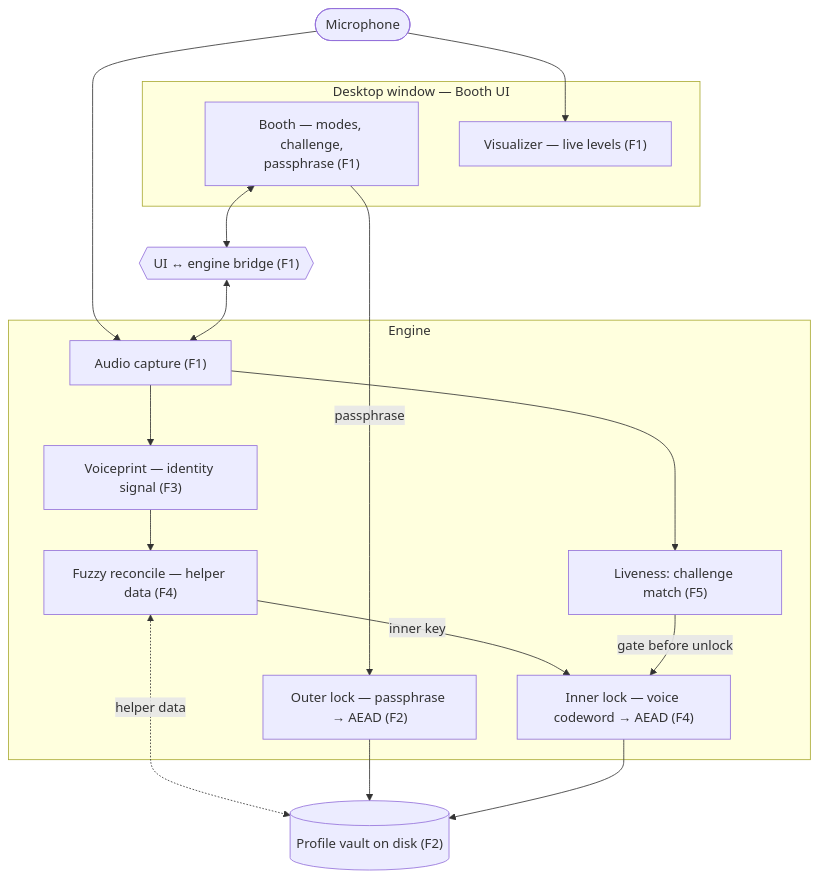
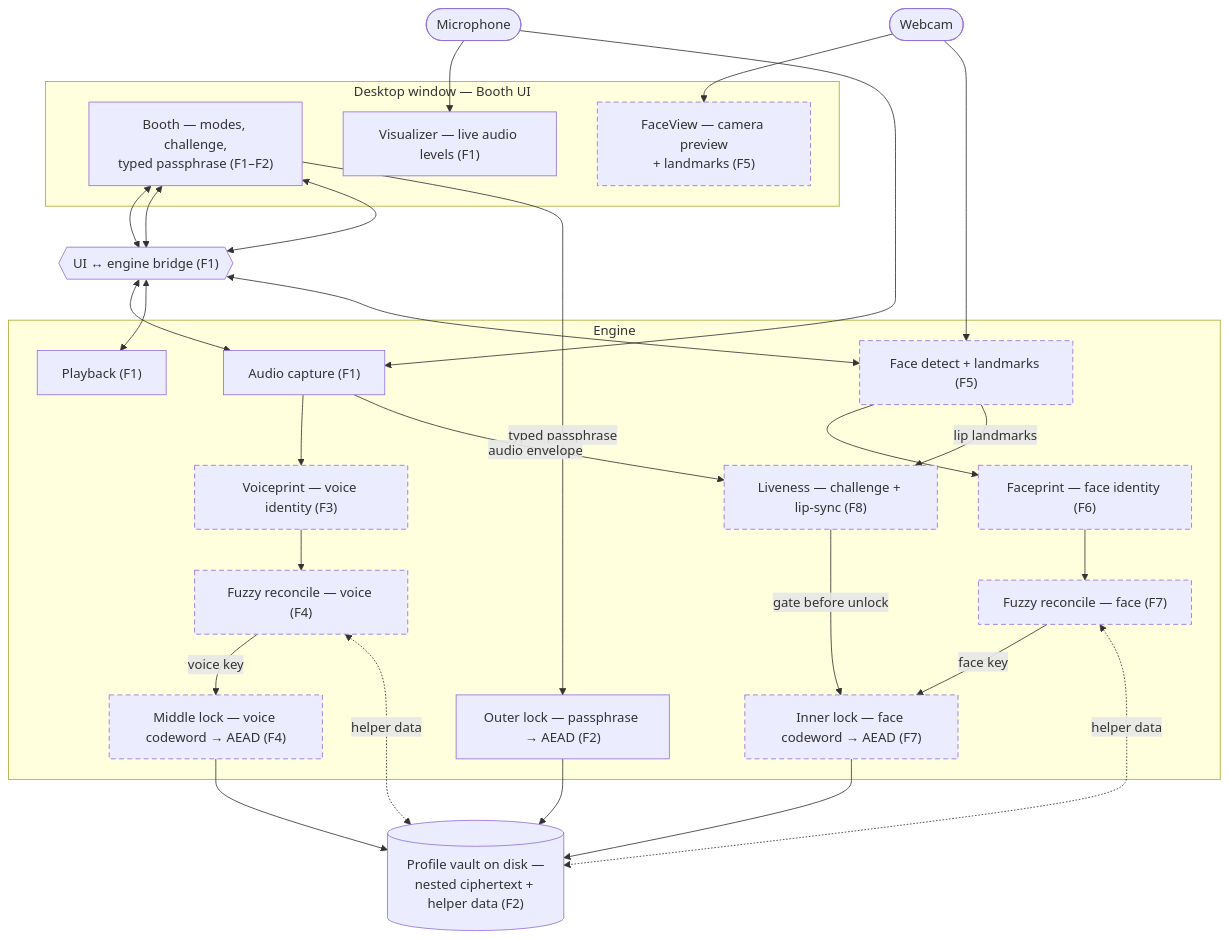
The diagram in .harness/roadmap.md (Vziraka/voicelock), drawn with Mermaid before and after one commit. The commit also changed other lines of this file and 5 other files, not shown here.

First line of the commit message:
Design: pivot roadmap to three factors (voice + face + lips)

````diff
--- a/.harness/roadmap.md
+++ b/.harness/roadmap.md
@@ -43,35 +70,57 @@
 ```mermaid
 flowchart TB
     Mic([Microphone])
+    Cam([Webcam])
 
     subgraph Window["Desktop window — Booth UI"]
-        Booth["Booth — modes, challenge,<br/>passphrase (F1)"]
-        Viz["Visualizer — live levels (F1)"]
+        Booth["Booth — modes, challenge,<br/>typed passphrase (F1–F2)"]
+        Viz["Visualizer — live audio levels (F1)"]
+        FaceView["FaceView — camera preview<br/>+ landmarks (F5)"]
     end
 
     Bridge{{"UI ↔ engine bridge (F1)"}}
 
     subgraph Engine["Engine"]
         Capture["Audio capture (F1)"]
-        Voiceprint["Voiceprint — identity signal (F3)"]
-        Challenge["Liveness: challenge match (F5)"]
-        Fuzzy["Fuzzy reconcile — helper data (F4)"]
+        Playback["Playback (F1)"]
+        FaceDetect["Face detect + landmarks (F5)"]
+        Voiceprint["Voiceprint — voice identity (F3)"]
+        Faceprint["Faceprint — face identity (F6)"]
+        FuzzyV["Fuzzy reconcile — voice (F4)"]
+        FuzzyF["Fuzzy reconcile — face (F7)"]
         Outer["Outer lock — passphrase → AEAD (F2)"]
-        Inner["Inner lock — voice codeword → AEAD (F4)"]
+        Middle["Middle lock — voice codeword → AEAD (F4)"]
+        Inner["Inner lock — face codeword → AEAD (F7)"]
+        Liveness["Liveness — challenge + lip-sync (F8)"]
     end
 
-    Vault[("Profile vault on disk (F2)")]
+    Vault[("Profile vault on disk —<br/>nested ciphertext + helper data (F2)")]
 
     Mic --> Viz
     Mic --> Capture
+    Cam --> FaceView
+    Cam --> FaceDetect
+
     Booth <--> Bridge <--> Capture
-    Booth -- "passphrase" --> Outer
+    Booth <--> Bridge <--> Playback
+    Booth <--> Bridge <--> FaceDetect
+    Booth -- "typed passphrase" --> Outer
+
     Capture --> Voiceprint
-    Capture --> Challenge
-    Voiceprint --> Fuzzy
-    Fuzzy -- "inner key" --> Inner
-    Fuzzy <-. "helper data" .-> Vault
+    FaceDetect --> Faceprint
+    Capture -- "audio envelope" --> Liveness
+    FaceDetect -- "lip landmarks" --> Liveness
+
+    Voiceprint --> FuzzyV -- "voice key" --> Middle
+    Faceprint --> FuzzyF -- "face key" --> Inner
+    FuzzyV <-. "helper data" .-> Vault
+    FuzzyF <-. "helper data" .-> Vault
+
     Outer --> Vault
+    Middle --> Vault
     Inner --> Vault
-    Challenge -- "gate before unlock" --> Inner
+    Liveness -- "gate before unlock" --> Inner
+
+    classDef planned stroke-dasharray:6 4
+    class FaceView,FaceDetect,Voiceprint,Faceprint,FuzzyV,FuzzyF,Middle,Inner,Liveness planned
 ```
````
